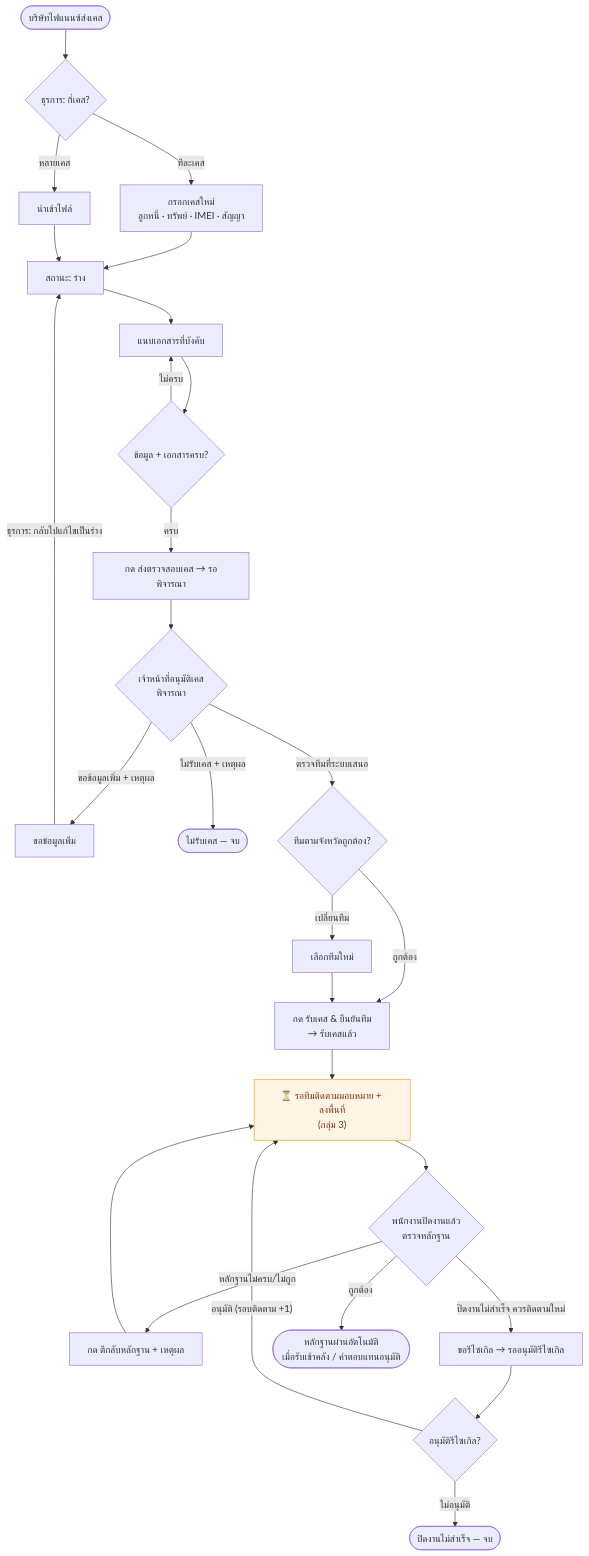
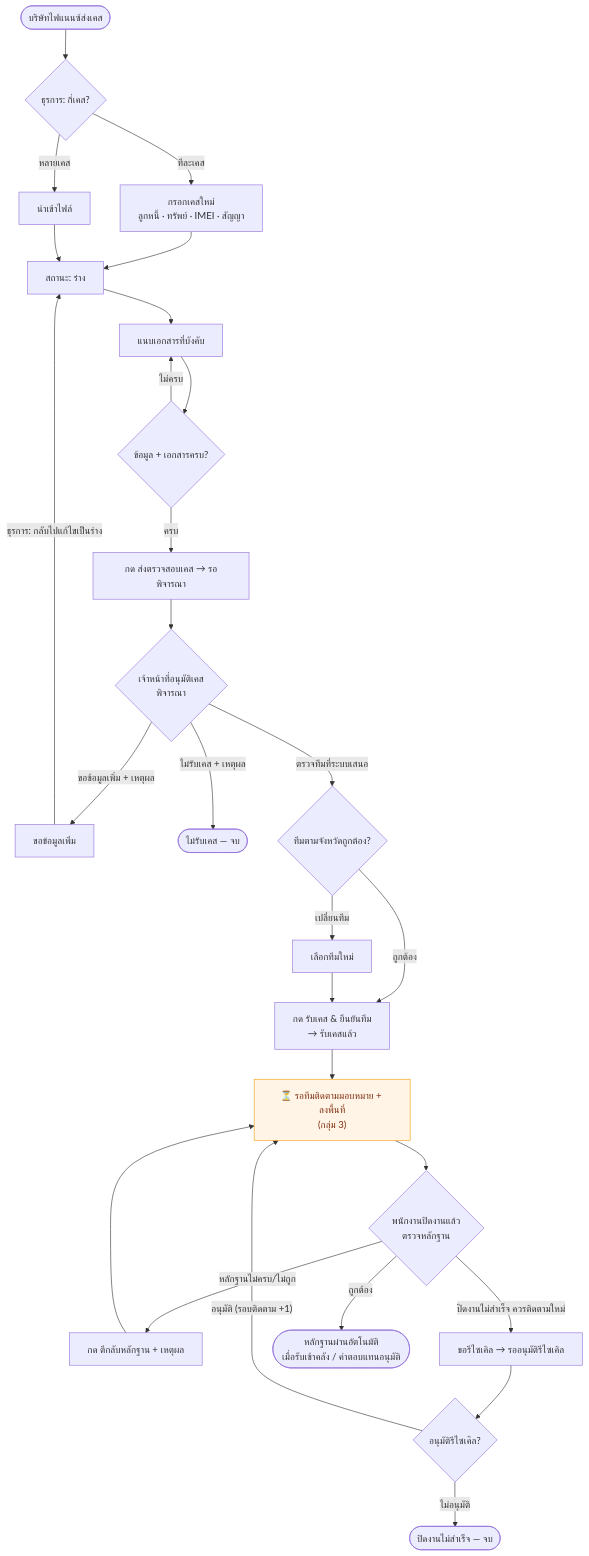
One commit to soodkhet/AssetRecovery changed the second of 10 diagrams in manual/diagrams/03-role-flowcharts.md. Above: the diagram before and after it, drawn with Mermaid. The commit also changed other lines of this file and 64 other files, not shown here.

````diff
--- a/manual/diagrams/03-role-flowcharts.md
+++ b/manual/diagrams/03-role-flowcharts.md
@@ -62,33 +62,33 @@
 ```mermaid
 flowchart TD
   %% กลุ่ม 2 — ธุรการ + เจ้าหน้าที่อนุมัติเคส (lib/cases/state-machine.ts)
   cin(["บริษัทไฟแนนซ์ส่งเคส"]) --> ch{"ธุรการ: กี่เคส?"}
   ch -->|"ทีละเคส"| k1["กรอกเคสใหม่<br/>ลูกหนี้ · ทรัพย์ · IMEI · สัญญา"]
   ch -->|"หลายเคส"| k2["นำเข้าไฟล์"]
   k1 --> dr["สถานะ: ร่าง"]
   k2 --> dr
   dr --> att["แนบเอกสารที่บังคับ"]
   att --> ok{"ข้อมูล + เอกสารครบ?"}
   ok -->|"ไม่ครบ"| att
   ok -->|"ครบ"| sv["กด ส่งตรวจสอบเคส → รอพิจารณา"]
   sv --> ap{"เจ้าหน้าที่อนุมัติเคส<br/>พิจารณา"}
   ap -->|"ขอข้อมูลเพิ่ม + เหตุผล"| ni["ขอข้อมูลเพิ่ม"]
   ni -->|"ธุรการ: กลับไปแก้ไขเป็นร่าง"| dr
   ap -->|"ไม่รับเคส + เหตุผล"| rj(["ไม่รับเคส — จบ"])
   ap -->|"ตรวจทีมที่ระบบเสนอ"| tm{"ทีมตามจังหวัดถูกต้อง?"}
   tm -->|"เปลี่ยนทีม"| tm2["เลือกทีมใหม่"]
   tm -->|"ถูกต้อง"| acc["กด รับเคส & ยืนยันทีม<br/>→ รับเคสแล้ว"]
   tm2 --> acc
   acc --> w1["⏳ รอทีมติดตามมอบหมาย + ลงพื้นที่<br/>(กลุ่ม 3)"]
   w1 --> cl{"พนักงานปิดงานแล้ว<br/>ตรวจหลักฐาน"}
   cl -->|"หลักฐานไม่ครบ/ไม่ถูก"| rev["กด ตีกลับหลักฐาน + เหตุผล"]
   rev --> w1
-  cl -->|"ปิดงานไม่สำเร็จ ควรติดตามใหม่"| rc["ขอรีไซเกิล → รออนุมัติรีไซเกิล"]
-  rc --> rd{"อนุมัติรีไซเกิล?"}
+  cl -->|"ปิดงานไม่สำเร็จ ควรติดตามใหม่"| rc["ขอรีไซเคิล → รออนุมัติรีไซเคิล"]
+  rc --> rd{"อนุมัติรีไซเคิล?"}
   rd -->|"อนุมัติ (รอบติดตาม +1)"| w1
   rd -->|"ไม่อนุมัติ"| fin(["ปิดงานไม่สำเร็จ — จบ"])
   cl -->|"ถูกต้อง"| fin2(["หลักฐานผ่านอัตโนมัติ<br/>เมื่อรับเข้าคลัง / ค่าตอบแทนอนุมัติ"])
 
   classDef wait fill:#fff4e5,stroke:#f59e0b,color:#7c2d12
   class w1 wait
 ```
````
